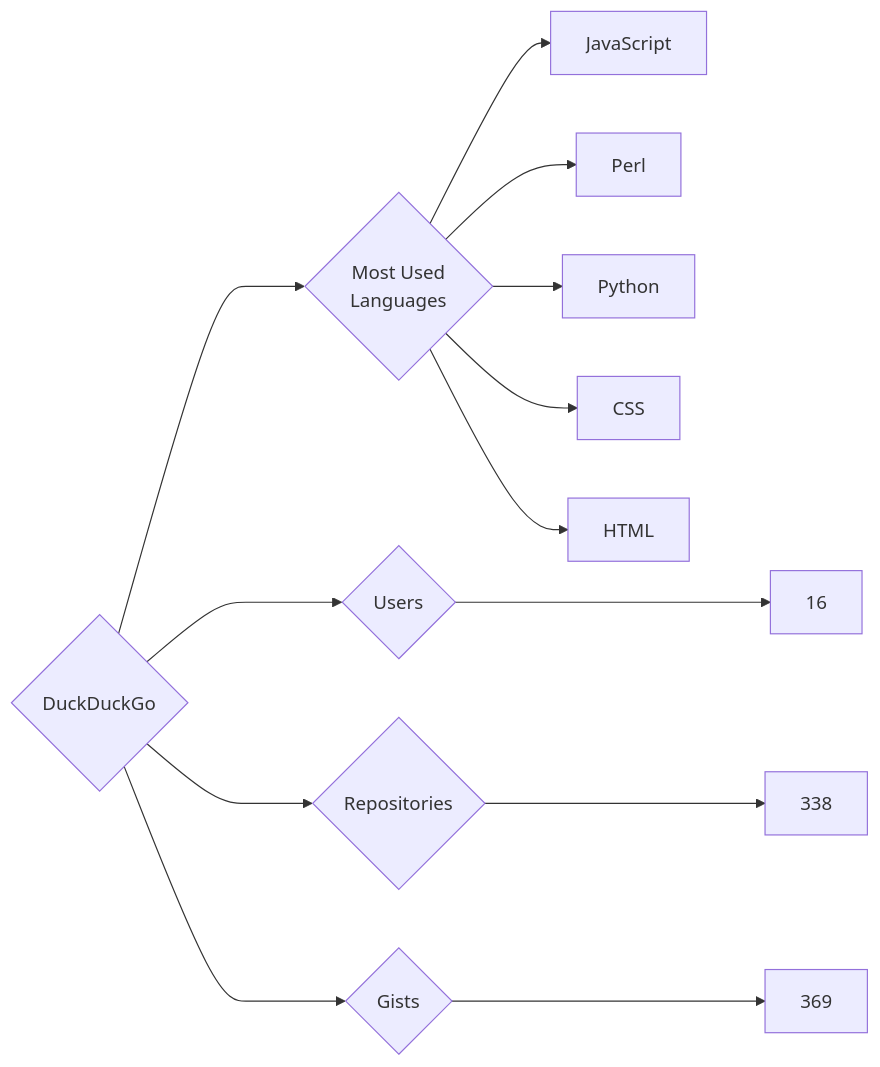
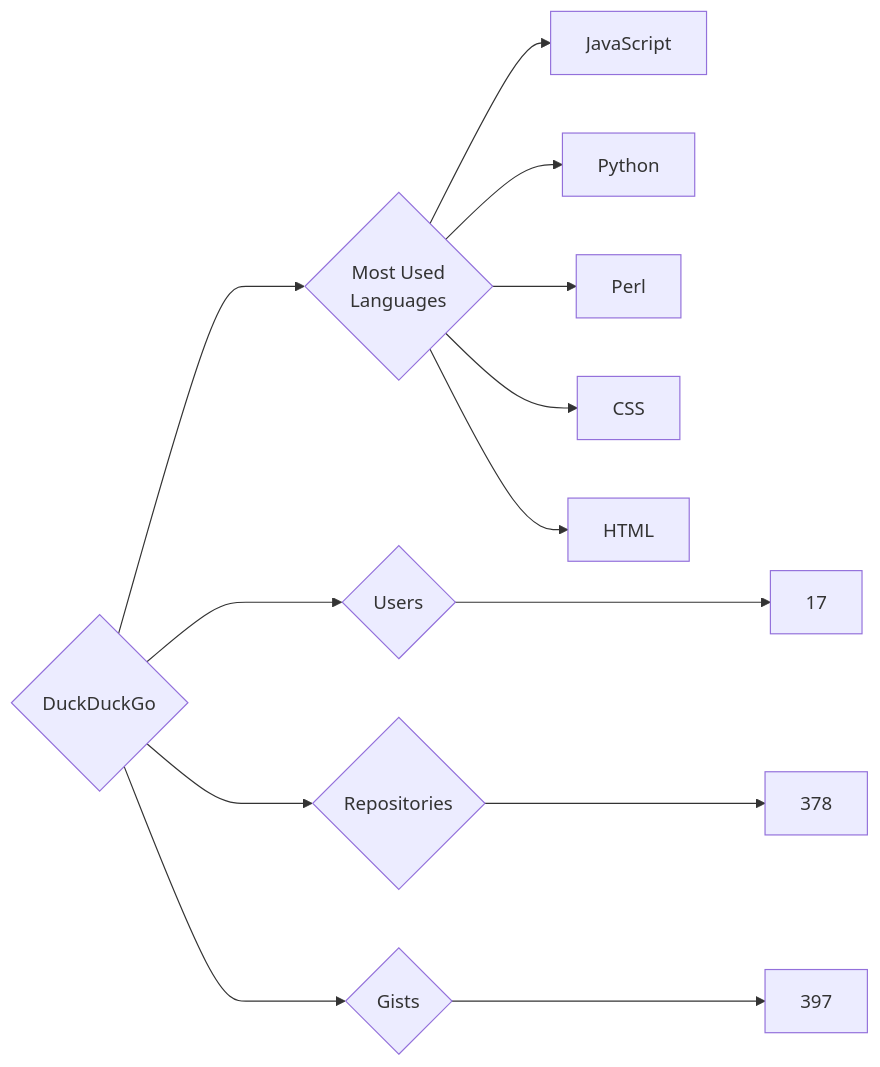
One commit to trickest/insiders changed the diagram in targets/DuckDuckGo/README.md. Above: the diagram before and after it, drawn with Mermaid. The commit also changed 611 other files, not shown here.

````diff
--- a/targets/DuckDuckGo/README.md
+++ b/targets/DuckDuckGo/README.md
@@ -3,13 +3,13 @@
 ```mermaid
 graph LR
 COMPANY_NAME{DuckDuckGo}
-COMPANY_NAME ---> U{Users} ---> UN[16]
-COMPANY_NAME ---> R{Repositories} ---> RN[338]
-COMPANY_NAME ---> G{Gists} ---> GN[369]
+COMPANY_NAME ---> U{Users} ---> UN[17]
+COMPANY_NAME ---> R{Repositories} ---> RN[378]
+COMPANY_NAME ---> G{Gists} ---> GN[397]
 COMPANY_NAME ---> ML{Most Used<br>Languages}
 ML --> JavaScript[JavaScript]
+ML --> Python[Python]
 ML --> Perl[Perl]
-ML --> Python[Python]
 ML --> CSS[CSS]
 ML --> HTML[HTML]
 ```
````
